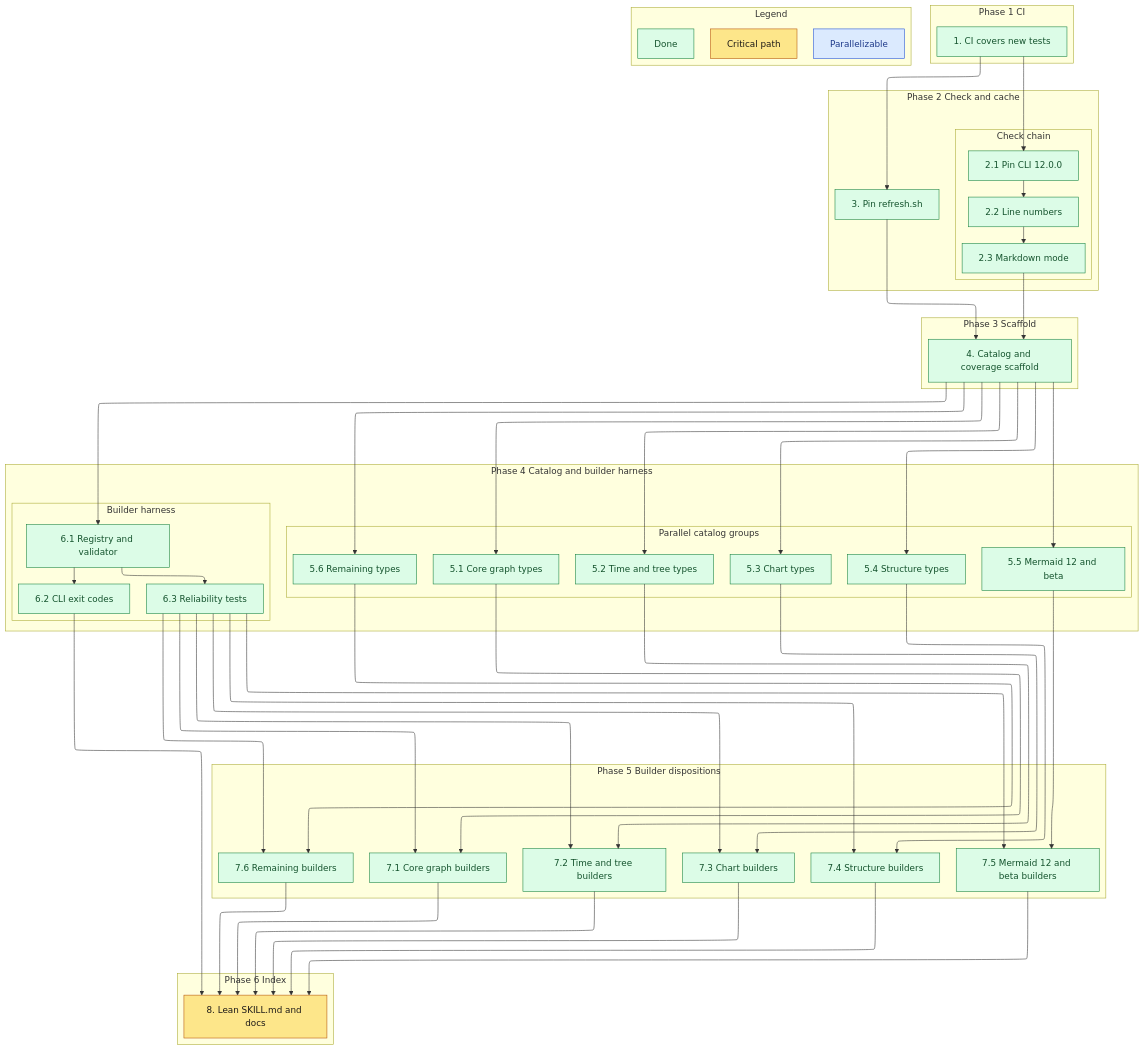
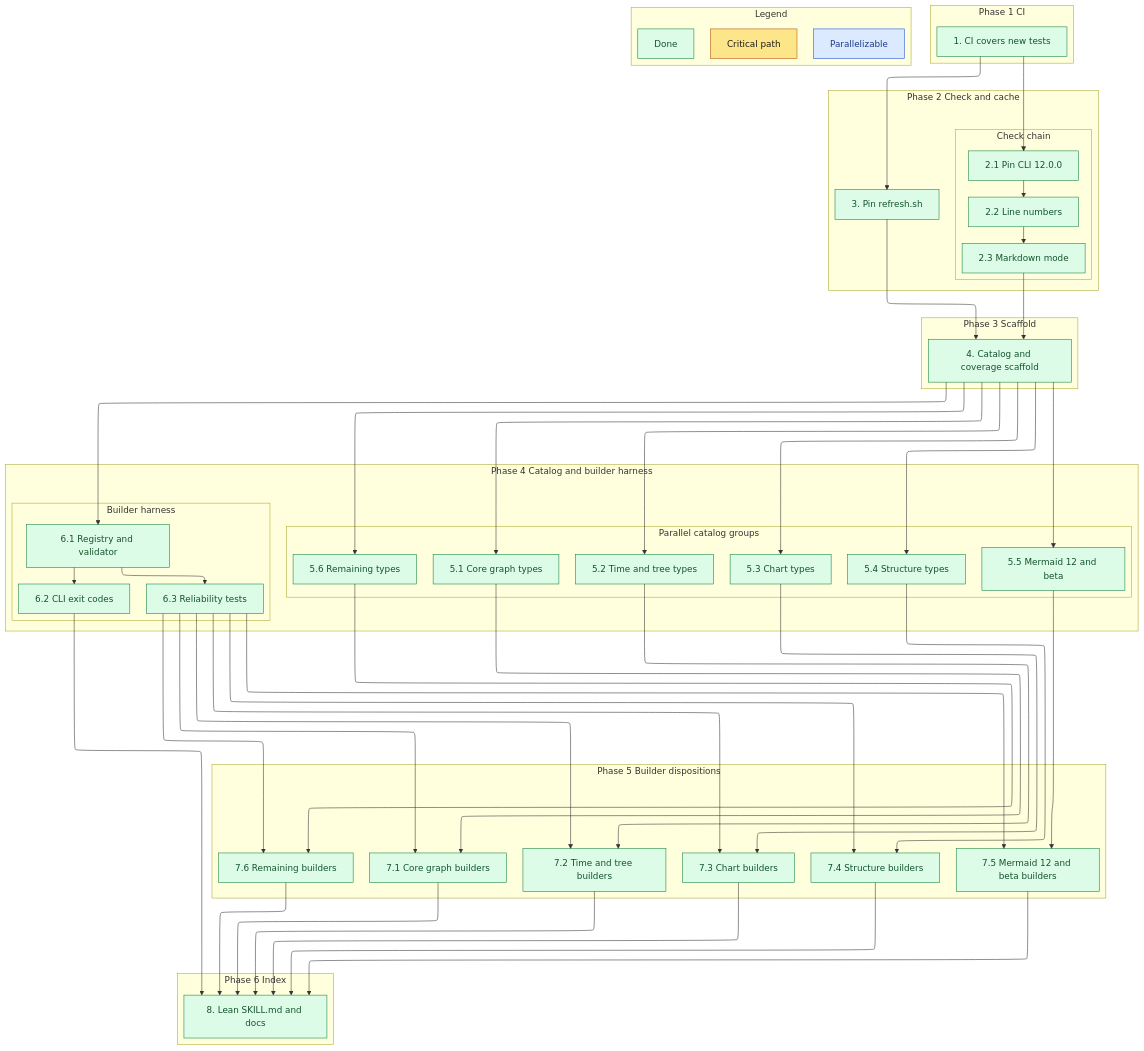
Before and after one commit to sohampatwardhan/mermaid-skill: the diagram in .kiro/specs/mermaid-catalog/tasks.md, drawn with Mermaid. The commit also changed other lines of this file and 10 other files, not shown here.

````diff
--- a/.kiro/specs/mermaid-catalog/tasks.md
+++ b/.kiro/specs/mermaid-catalog/tasks.md
@@ -94,7 +94,7 @@
   classDef critical fill:#fde68a,stroke:#b45309,color:#1c1917
   classDef parallel fill:#dbeafe,stroke:#1d4ed8,color:#1e3a8a
   classDef done fill:#dcfce7,stroke:#15803d,color:#14532d
-  class t1,t2_1,t2_2,t2_3,t3,t4,t5_1,t5_2,t5_3,t5_4,t5_5,t5_6,t6_1,t6_2,t6_3,t7_1,t7_2,t7_3,t7_4,t7_5,t7_6,ld done
-  class t8,lc critical
+  class t1,t2_1,t2_2,t2_3,t3,t4,t5_1,t5_2,t5_3,t5_4,t5_5,t5_6,t6_1,t6_2,t6_3,t7_1,t7_2,t7_3,t7_4,t7_5,t7_6,t8,ld done
+  class lc critical
   class lp parallel
 ```
````
